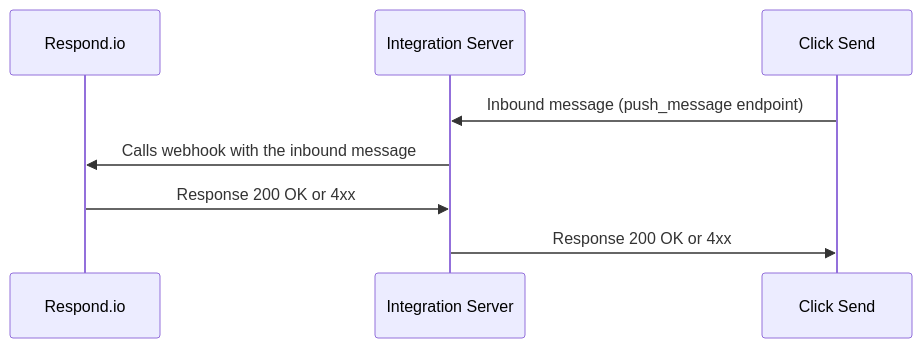
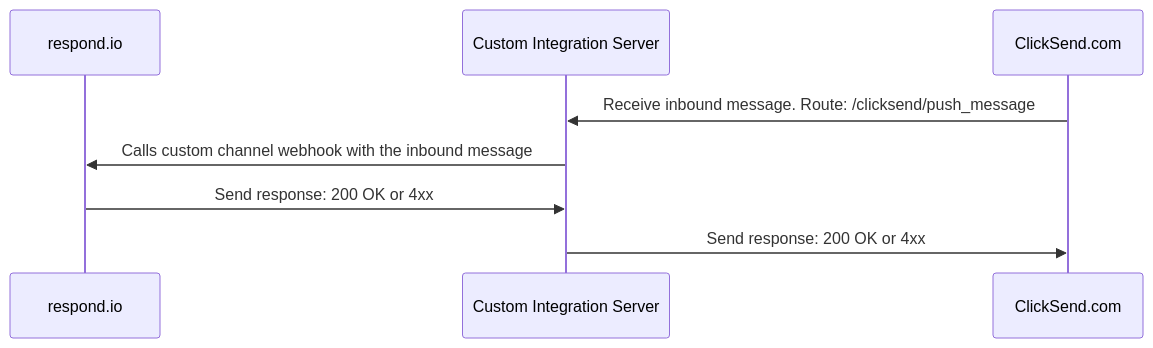
Before and after one commit to respond-io/custom-channel-integration-example: the second of 2 diagrams in README.md, drawn with Mermaid. The commit also changed other lines of this file, not shown here.

````diff
--- a/README.md
+++ b/README.md
@@ -30,13 +41,12 @@
 ```mermaid
 sequenceDiagram
-    participant Respond.io
-    participant Integration Server
-    participant Click Send
+    participant respond.io
+    participant Custom Integration Server
+    participant ClickSend.com
     
-    Click Send->>Integration Server: Inbound message (push_message endpoint)
-    Integration Server->>Respond.io: Calls webhook with the inbound message
+    ClickSend.com ->> Custom Integration Server: Receive inbound message. Route: /clicksend/push_message
+    Custom Integration Server ->> respond.io: Calls custom channel webhook with the inbound message
     
-    Respond.io->>Integration Server: Response 200 OK or 4xx
-    Integration Server->>Click Send: Response 200 OK or 4xx
-    
+    respond.io ->> Custom Integration Server: Send response: 200 OK or 4xx
+    Custom Integration Server ->> ClickSend.com: Send response: 200 OK or 4xx
 ```
````
